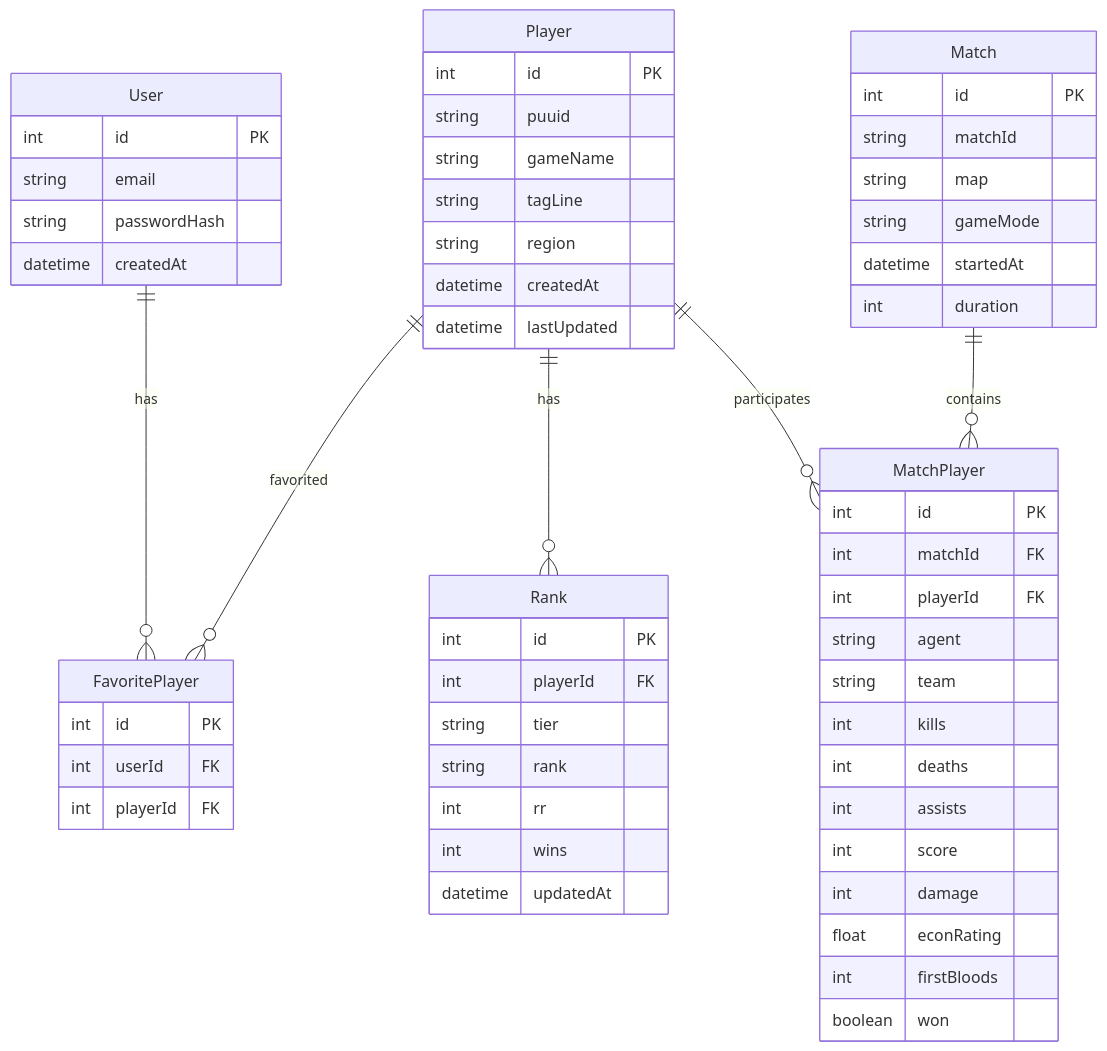
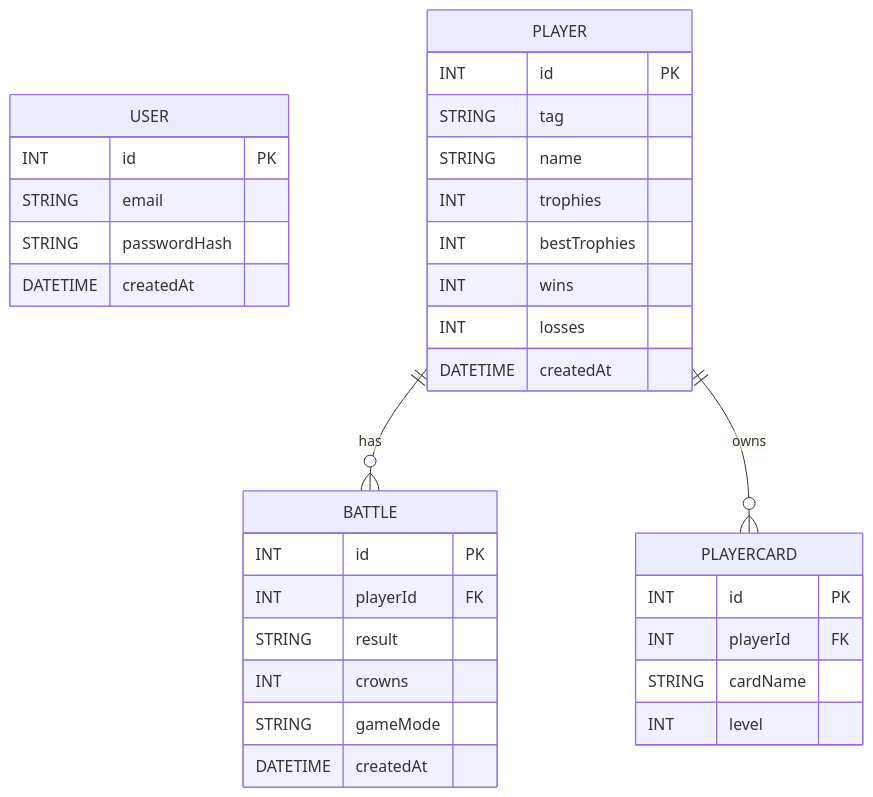
Before and after one commit to ArjunVarmaLeeds/Web-Services-CWK1: the diagram in README.md, drawn with Mermaid. The commit also changed 14 other files, not shown here.

````diff
--- a/README.md
+++ b/README.md
@@ -3,70 +3,41 @@
 ```mermaid
 erDiagram
 
-    User {
-        int id PK
-        string email
-        string passwordHash
-        datetime createdAt
+    USER {
+        INT id PK
+        STRING email
+        STRING passwordHash
+        DATETIME createdAt
     }
 
-    FavoritePlayer {
-        int id PK
-        int userId FK
-        int playerId FK
+    PLAYER {
+        INT id PK
+        STRING tag
+        STRING name
+        INT trophies
+        INT bestTrophies
+        INT wins
+        INT losses
+        DATETIME createdAt
     }
 
-    Player {
-        int id PK
-        string puuid
-        string gameName
-        string tagLine
-        string region
-        datetime createdAt
-        datetime lastUpdated
+    BATTLE {
+        INT id PK
+        INT playerId FK
+        STRING result
+        INT crowns
+        STRING gameMode
+        DATETIME createdAt
     }
 
-    Rank {
-        int id PK
-        int playerId FK
-        string tier
-        string rank
-        int rr
-        int wins
-        datetime updatedAt
+    PLAYERCARD {
+        INT id PK
+        INT playerId FK
+        STRING cardName
+        INT level
     }
 
-    Match {
-        int id PK
-        string matchId
-        string map
-        string gameMode
-        datetime startedAt
-        int duration
-    }
-
-    MatchPlayer {
-        int id PK
-        int matchId FK
-        int playerId FK
-        string agent
-        string team
-        int kills
-        int deaths
-        int assists
-        int score
-        int damage
-        float econRating
-        int firstBloods
-        boolean won
-    }
-
-    User ||--o{ FavoritePlayer : has
-    Player ||--o{ FavoritePlayer : favorited
-
-    Player ||--o{ Rank : has
-
-    Match ||--o{ MatchPlayer : contains
-    Player ||--o{ MatchPlayer : participates
+    PLAYER ||--o{ BATTLE : has
+    PLAYER ||--o{ PLAYERCARD : owns
 
 ```
````
